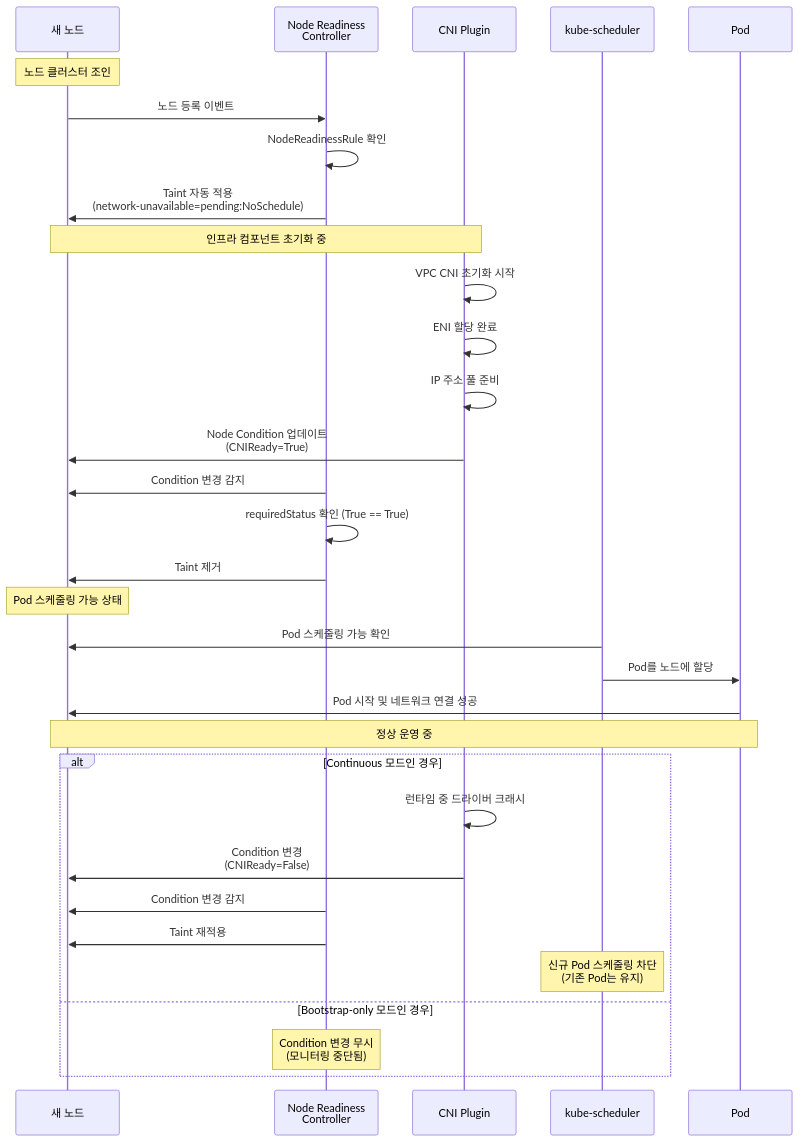
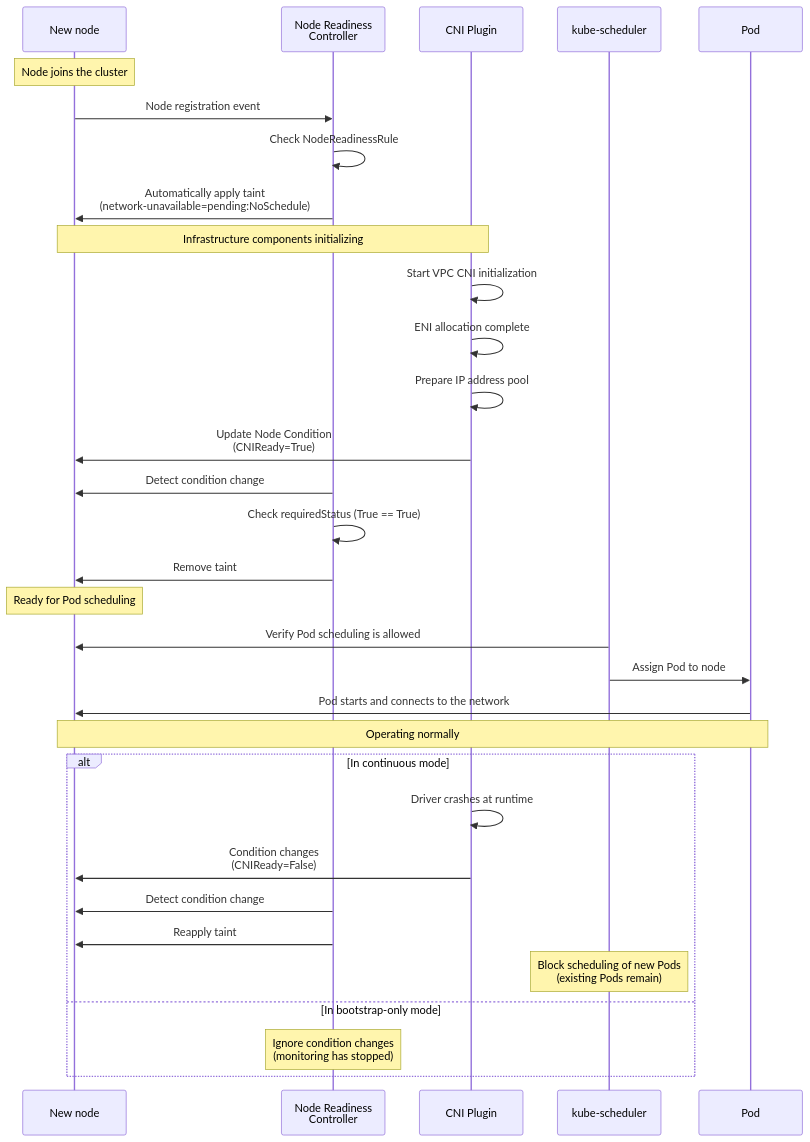
Before and after one commit to devfloor9/engineering-playbook: the first of 2 diagrams in docs/eks-best-practices/operations-reliability/pod-lifecycle/node-readiness.md, drawn with Mermaid. The commit also changed other lines of this file and 954 other files, not shown here.

````diff
--- a/docs/eks-best-practices/operations-reliability/pod-lifecycle/node-readiness.md
+++ b/docs/eks-best-practices/operations-reliability/pod-lifecycle/node-readiness.md
@@ -340,43 +340,43 @@
 ```mermaid
 sequenceDiagram
-    participant Node as 새 노드
+    participant Node as New node
     participant NRC as Node Readiness<br/>Controller
     participant CNI as CNI Plugin
     participant Scheduler as kube-scheduler
     participant Pod as Pod
 
-    Note over Node: 노드 클러스터 조인
+    Note over Node: Node joins the cluster
 
-    Node->>NRC: 노드 등록 이벤트
-    NRC->>NRC: NodeReadinessRule 확인
-    NRC->>Node: Taint 자동 적용<br/>(network-unavailable=pending:NoSchedule)
+    Node->>NRC: Node registration event
+    NRC->>NRC: Check NodeReadinessRule
+    NRC->>Node: Automatically apply taint<br/>(network-unavailable=pending:NoSchedule)
 
-    Note over Node,CNI: 인프라 컴포넌트 초기화 중
+    Note over Node,CNI: Infrastructure components initializing
 
-    CNI->>CNI: VPC CNI 초기화 시작
-    CNI->>CNI: ENI 할당 완료
-    CNI->>CNI: IP 주소 풀 준비
-    CNI->>Node: Node Condition 업데이트<br/>(CNIReady=True)
+    CNI->>CNI: Start VPC CNI initialization
+    CNI->>CNI: ENI allocation complete
+    CNI->>CNI: Prepare IP address pool
+    CNI->>Node: Update Node Condition<br/>(CNIReady=True)
 
-    NRC->>Node: Condition 변경 감지
-    NRC->>NRC: requiredStatus 확인 (True == True)
-    NRC->>Node: Taint 제거
+    NRC->>Node: Detect condition change
+    NRC->>NRC: Check requiredStatus (True == True)
+    NRC->>Node: Remove taint
 
-    Note over Node: Pod 스케줄링 가능 상태
+    Note over Node: Ready for Pod scheduling
 
-    Scheduler->>Node: Pod 스케줄링 가능 확인
-    Scheduler->>Pod: Pod를 노드에 할당
-    Pod->>Node: Pod 시작 및 네트워크 연결 성공
+    Scheduler->>Node: Verify Pod scheduling is allowed
+    Scheduler->>Pod: Assign Pod to node
+    Pod->>Node: Pod starts and connects to the network
 
-    Note over Node,Pod: 정상 운영 중
+    Note over Node,Pod: Operating normally
 
-    alt Continuous 모드인 경우
-        CNI->>CNI: 런타임 중 드라이버 크래시
-        CNI->>Node: Condition 변경<br/>(CNIReady=False)
-        NRC->>Node: Condition 변경 감지
-        NRC->>Node: Taint 재적용
-        Note over Scheduler: 신규 Pod 스케줄링 차단<br/>(기존 Pod는 유지)
-    else Bootstrap-only 모드인 경우
-        Note over NRC: Condition 변경 무시<br/>(모니터링 중단됨)
+    alt In continuous mode
+        CNI->>CNI: Driver crashes at runtime
+        CNI->>Node: Condition changes<br/>(CNIReady=False)
+        NRC->>Node: Detect condition change
+        NRC->>Node: Reapply taint
+        Note over Scheduler: Block scheduling of new Pods<br/>(existing Pods remain)
+    else In bootstrap-only mode
+        Note over NRC: Ignore condition changes<br/>(monitoring has stopped)
     end
 ```
````
